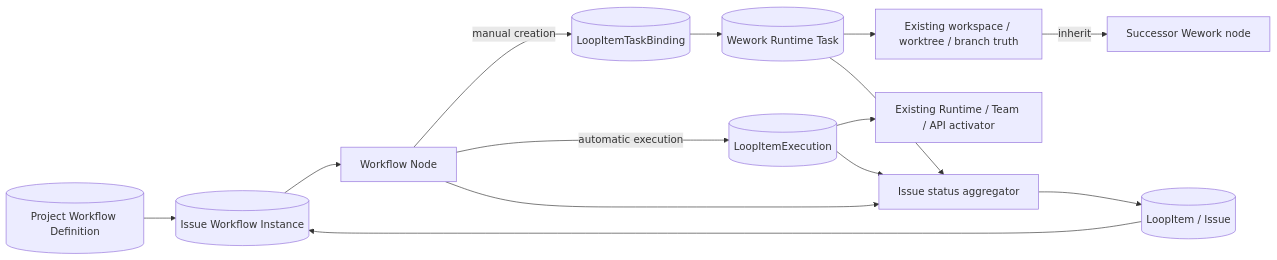
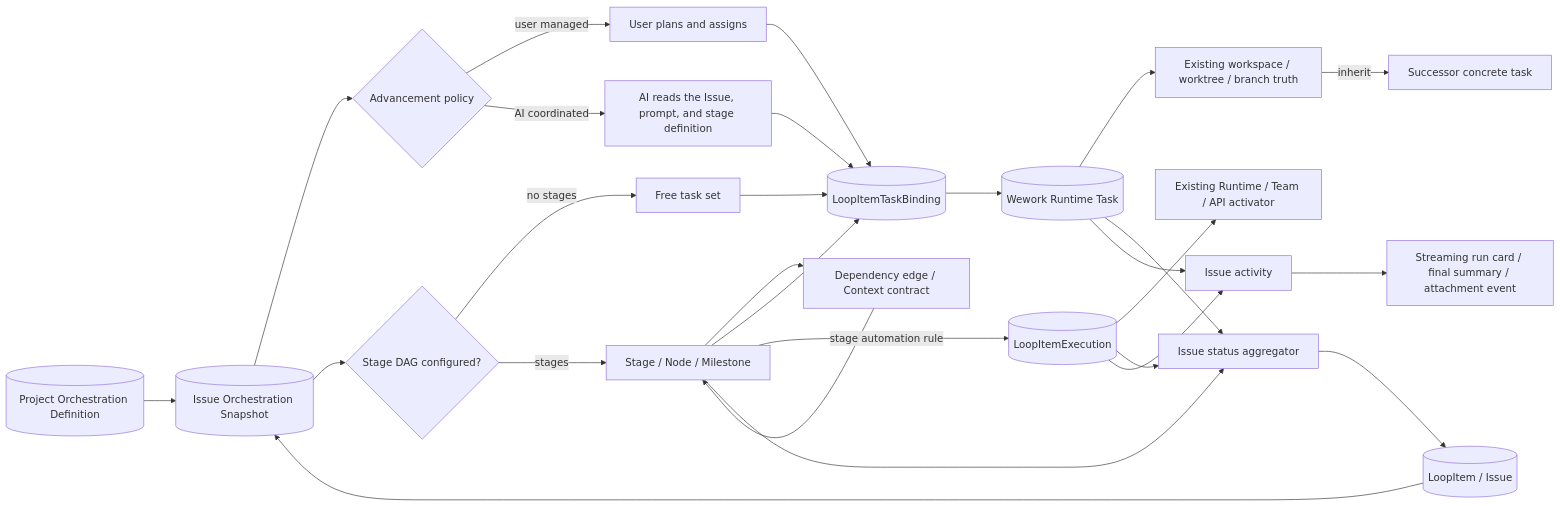
Before and after one commit to wecode-ai/Wegent: the first of 2 diagrams in docs/en/architecture/issue-task-workflow.md, drawn with Mermaid. The commit also changed other lines of this file and 41 other files, not shown here.

Commit message:
feat(wework): redesign issue task orchestration

````diff
--- a/docs/en/architecture/issue-task-workflow.md
+++ b/docs/en/architecture/issue-task-workflow.md
@@ -9,16 +9,29 @@
 ```mermaid
 flowchart LR
-    TEMPLATE[(Project Workflow Definition)] --> SNAPSHOT[(Issue Workflow Instance)]
+    TEMPLATE[(Project Orchestration Definition)] --> SNAPSHOT[(Issue Orchestration Snapshot)]
     ISSUE[(LoopItem / Issue)] --> SNAPSHOT
-    SNAPSHOT --> NODE[Workflow Node]
-    NODE -->|manual creation| BINDING[(LoopItemTaskBinding)]
+    SNAPSHOT --> MODE{Advancement policy}
+    MODE -->|user managed| HUMAN[User plans and assigns]
+    MODE -->|AI coordinated| AI[AI reads the Issue, prompt, and stage definition]
+    SNAPSHOT --> GRAPH{Stage DAG configured?}
+    GRAPH -->|no stages| FREE[Free task set]
+    GRAPH -->|stages| STAGE[Stage / Node / Milestone]
+    STAGE --> EDGE[Dependency edge / Context contract]
+    EDGE --> STAGE
+    HUMAN --> BINDING[(LoopItemTaskBinding)]
+    AI --> BINDING
+    FREE --> BINDING
+    STAGE --> BINDING
     BINDING --> TASK[(Wework Runtime Task)]
-    NODE -->|automatic execution| EXEC[(LoopItemExecution)]
+    STAGE -->|stage automation rule| EXEC[(LoopItemExecution)]
     EXEC --> RUNTIME[Existing Runtime / Team / API activator]
     TASK --> WORKSPACE[Existing workspace / worktree / branch truth]
-    WORKSPACE -->|inherit| NEXT[Successor Wework node]
+    WORKSPACE -->|inherit| NEXT[Successor concrete task]
     TASK --> AGGREGATE[Issue status aggregator]
     EXEC --> AGGREGATE
-    NODE --> AGGREGATE
+    STAGE --> AGGREGATE
     AGGREGATE --> ISSUE
+    TASK --> ACTIVITY[Issue activity]
+    EXEC --> ACTIVITY
+    ACTIVITY --> STREAM[Streaming run card / final summary / attachment event]
 ```
````
